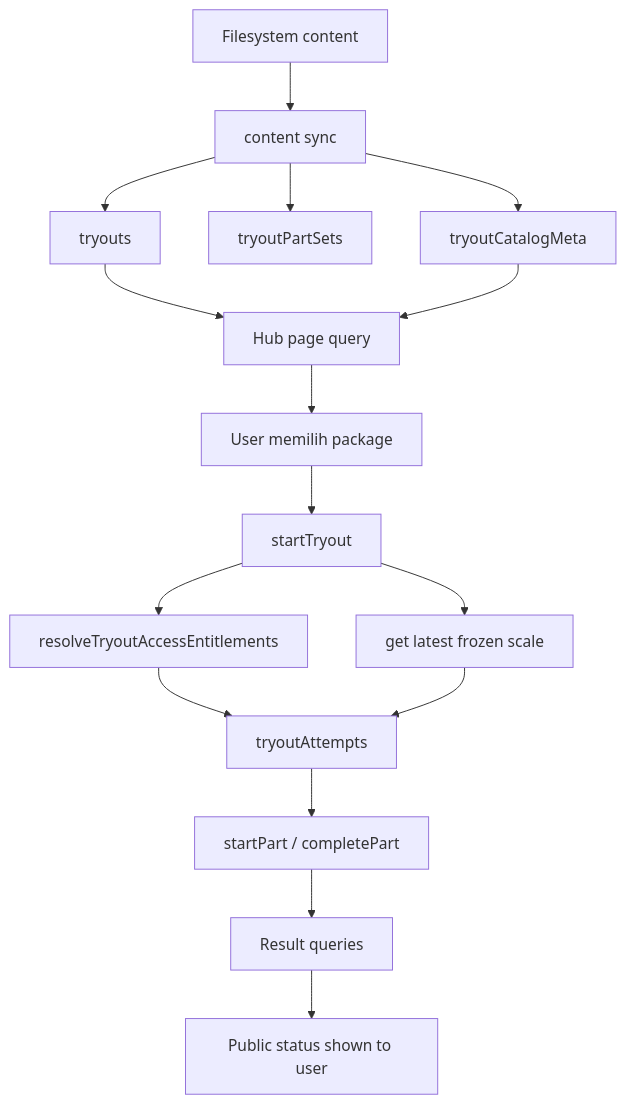
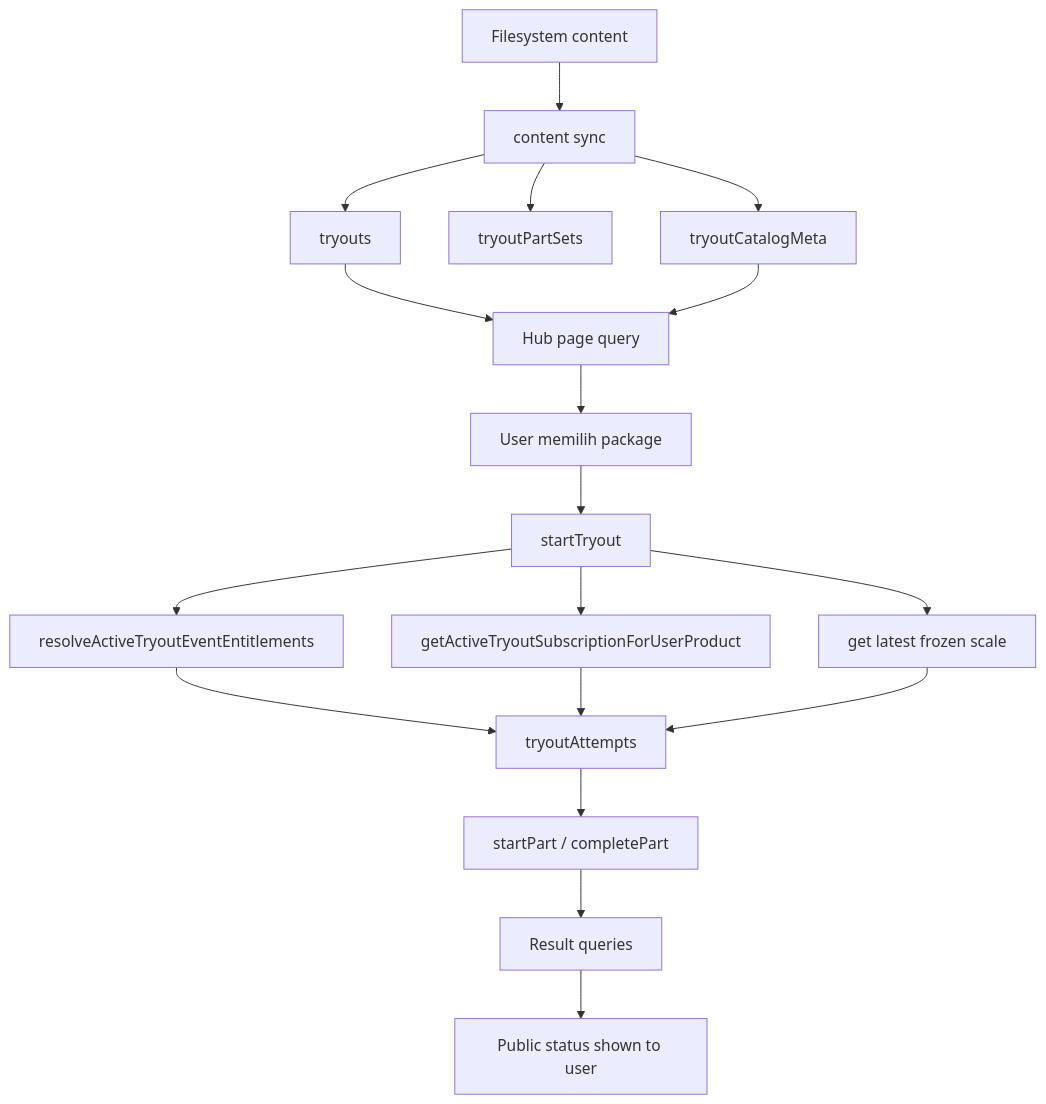
Before and after one commit to nakafaai/nakafa.com: the first of 2 diagrams in packages/backend/convex/tryouts/docs/ARCHITECTURE.id.md, drawn with Mermaid. The commit also changed other lines of this file and 28 other files, not shown here.

First line of the commit message:
Add tryoutAccessCampaignProducts relation

````diff
--- a/packages/backend/convex/tryouts/docs/ARCHITECTURE.id.md
+++ b/packages/backend/convex/tryouts/docs/ARCHITECTURE.id.md
@@ -197,18 +205,20 @@
 ```mermaid
 flowchart TD
     A[Filesystem content] --> B[content sync]
     B --> C[tryouts]
     B --> D[tryoutPartSets]
     B --> E[tryoutCatalogMeta]
     C --> G[Hub page query]
     E --> G
     G --> H[User memilih package]
     H --> I[startTryout]
-    I --> J[resolveTryoutAccessEntitlements]
+    I --> J[resolveActiveTryoutEventEntitlements]
+    I --> J2[getActiveTryoutSubscriptionForUserProduct]
     I --> K[get latest frozen scale]
     J --> L[tryoutAttempts]
+    J2 --> L
     K --> L
     L --> M[startPart / completePart]
     M --> N[Result queries]
     N --> O[Public status shown to user]
 ```
````
